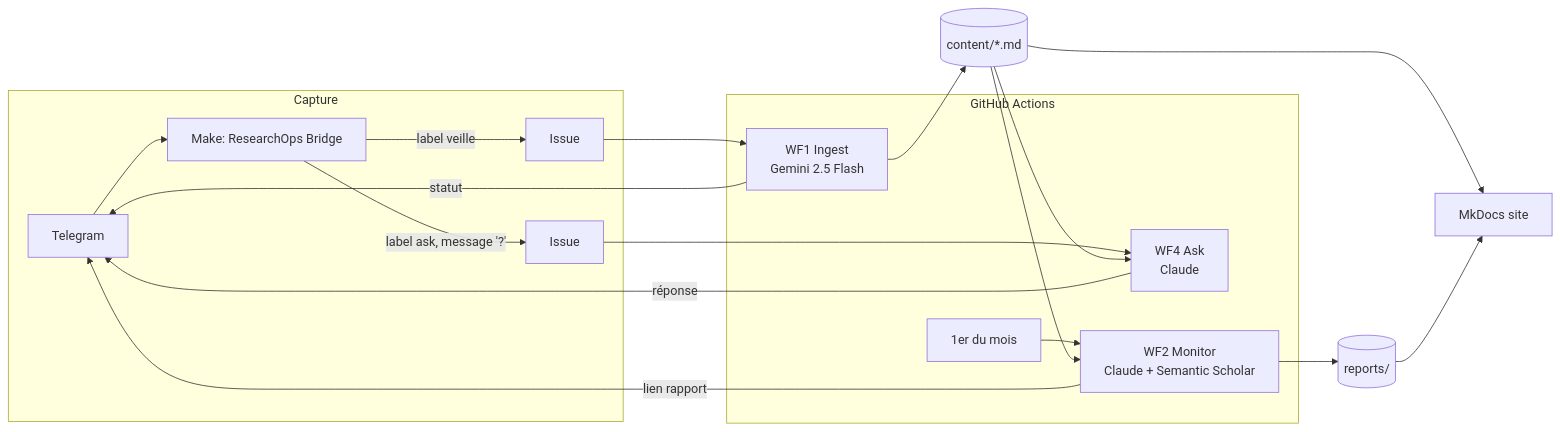
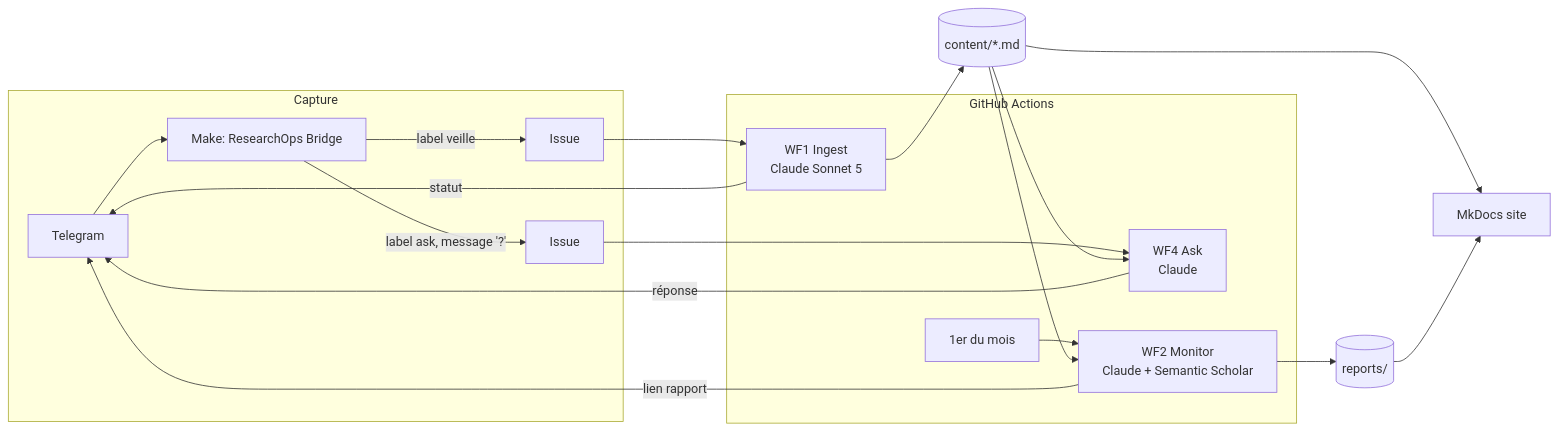
The diagram in README.md (yajeddig/ResearchOps), drawn with Mermaid before and after one commit. The commit also changed other lines of this file and 11 other files, not shown here.

````diff
--- a/README.md
+++ b/README.md
@@ -20,20 +20,20 @@
 ```mermaid
 graph LR
     subgraph Capture
         TG[Telegram] --> MK[Make: ResearchOps Bridge]
         MK -->|label veille| I1[Issue]
         MK -->|label ask, message '?'| I2[Issue]
     end
     subgraph "GitHub Actions"
-        I1 --> WF1[WF1 Ingest<br/>Gemini 2.5 Flash]
+        I1 --> WF1[WF1 Ingest<br/>Claude Sonnet 5]
         I2 --> WF4[WF4 Ask<br/>Claude]
         CRON[1er du mois] --> WF2[WF2 Monitor<br/>Claude + Semantic Scholar]
     end
     WF1 --> C[(content/*.md)]
     C --> WF2 --> R[(reports/)]
     C --> WF4 -->|réponse| TG
     C --> SITE[MkDocs site]
     R --> SITE
     WF1 -->|statut| TG
     WF2 -->|lien rapport| TG
 ```
````
